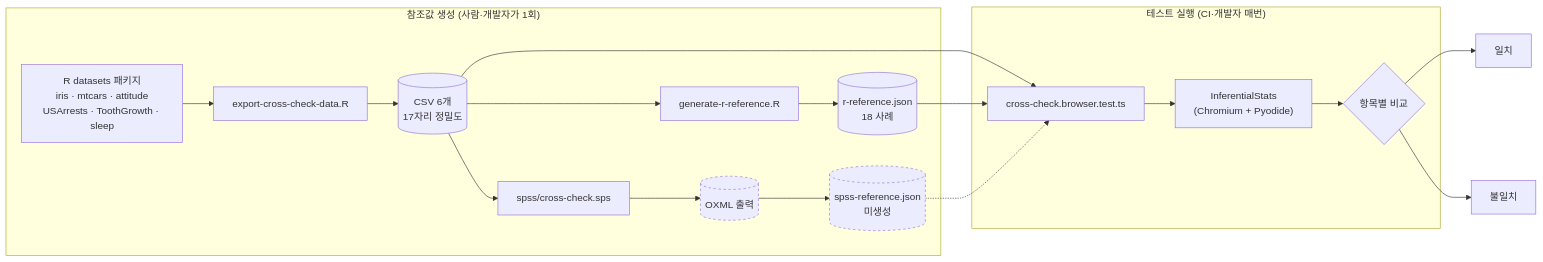
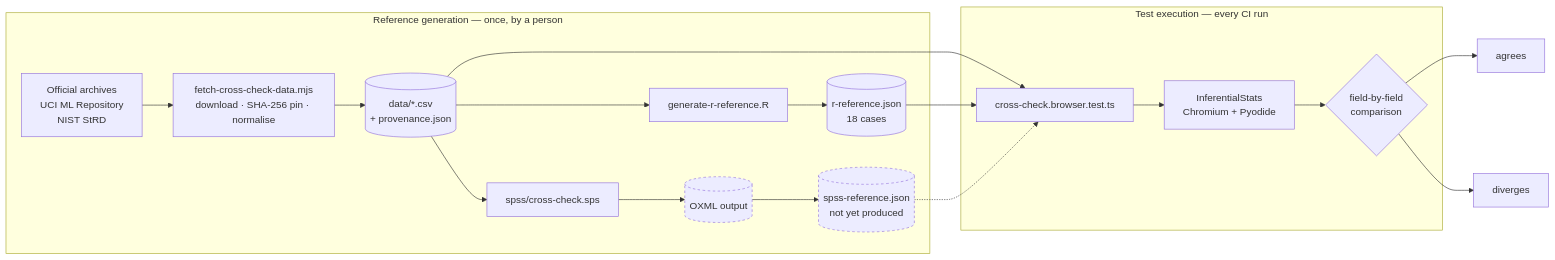
One commit to WinM2M/inferential-stats-js changed the first of 4 diagrams in docs/validation/report-2026-10-06-r-crosscheck.md. Above: the diagram before and after it, drawn with Mermaid. The commit also changed other lines of this file and 20 other files, not shown here.

````diff
--- a/docs/validation/report-2026-10-06-r-crosscheck.md
+++ b/docs/validation/report-2026-10-06-r-crosscheck.md
@@ -32,28 +33,28 @@
 ```mermaid
 flowchart LR
-    subgraph gen["참조값 생성 (사람·개발자가 1회)"]
-        RD["R datasets 패키지<br/>iris · mtcars · attitude<br/>USArrests · ToothGrowth · sleep"]
-        EX["export-cross-check-data.R"]
-        CSV[("CSV 6개<br/>17자리 정밀도")]
+    subgraph gen["Reference generation — once, by a person"]
+        PUB["Official archives<br/>UCI ML Repository<br/>NIST StRD"]
+        FETCH["fetch-cross-check-data.mjs<br/>download · SHA-256 pin · normalise"]
+        CSV[("data/*.csv<br/>+ provenance.json")]
         GR["generate-r-reference.R"]
         SPS["spss/cross-check.sps"]
-        RD --> EX --> CSV
-        CSV --> GR --> RJ[("r-reference.json<br/>18 사례")]
-        CSV --> SPS --> OX[("OXML 출력")] --> SJ[("spss-reference.json<br/>미생성")]
+        PUB --> FETCH --> CSV
+        CSV --> GR --> RJ[("r-reference.json<br/>18 cases")]
+        CSV --> SPS --> OX[("OXML output")] --> SJ[("spss-reference.json<br/>not yet produced")]
     end
 
-    subgraph run["테스트 실행 (CI·개발자 매번)"]
+    subgraph run["Test execution — every CI run"]
         T["cross-check.browser.test.ts"]
-        SDK["InferentialStats<br/>(Chromium + Pyodide)"]
+        SDK["InferentialStats<br/>Chromium + Pyodide"]
         CSV --> T
         RJ --> T
         SJ -.-> T
-        T --> SDK --> CMP{"항목별 비교"}
+        T --> SDK --> CMP{"field-by-field<br/>comparison"}
     end
 
-    CMP --> OK["일치"]
-    CMP --> NG["불일치"]
+    CMP --> OK["agrees"]
+    CMP --> NG["diverges"]
 
     style SJ stroke-dasharray: 4 4
     style OX stroke-dasharray: 4 4
 ```
````
